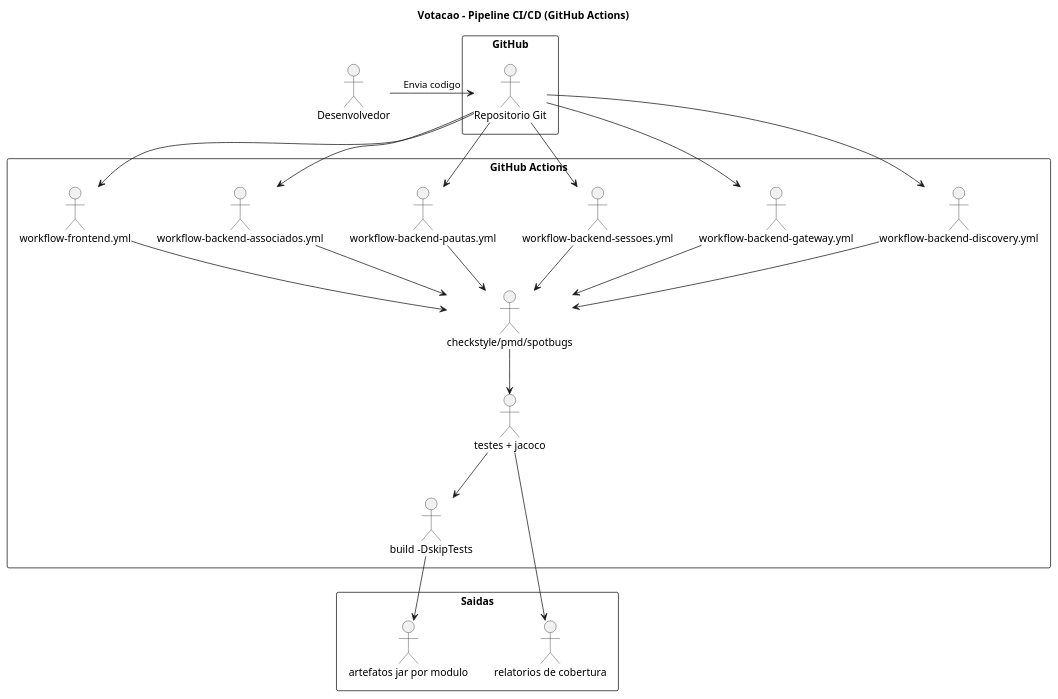
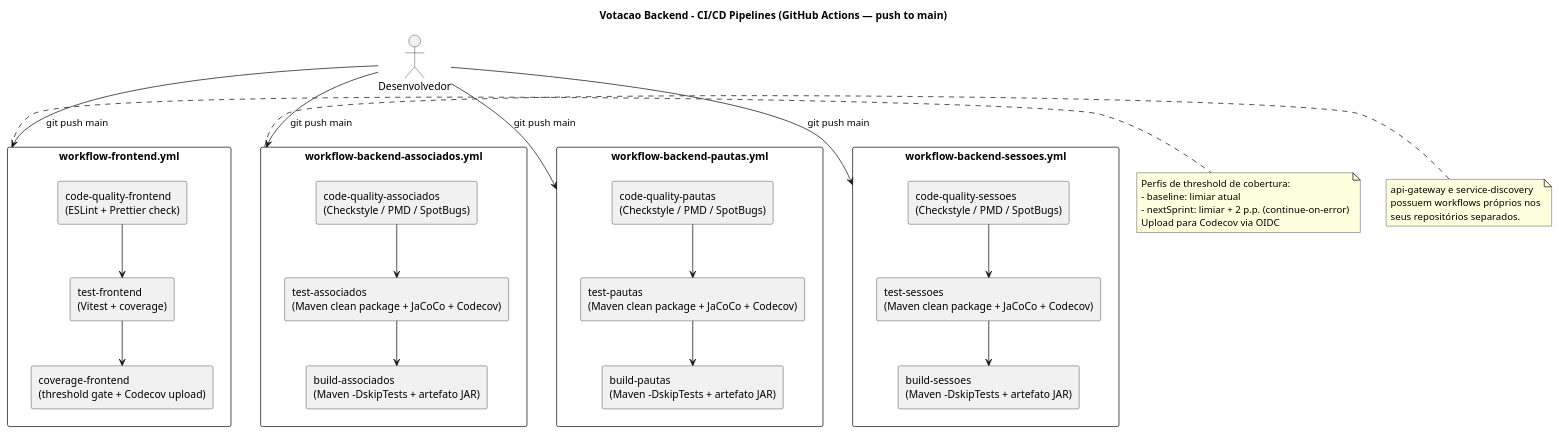
Before and after one commit to leoalmeida/votacao-backend: the diagram in docs/architecture/cicd-diagram.puml, drawn with PlantUML. The commit also changed 5 other files, not shown here.

```diff
--- a/docs/architecture/cicd-diagram.puml
+++ b/docs/architecture/cicd-diagram.puml
@@ -1,52 +1,61 @@
 @startuml cicd_diagram
 
-title Votacao - Pipeline CI/CD (GitHub Actions)
+title Votacao Backend - CI/CD Pipelines (GitHub Actions — push to main)
 
 actor Desenvolvedor
 
-rectangle GitHub {
-
-    Desenvolvedor -> "Repositorio Git" : Envia codigo
-
+rectangle "workflow-frontend.yml" as wf_front {
+    rectangle "code-quality-frontend\n(ESLint + Prettier check)" as lint_f
+    rectangle "test-frontend\n(Vitest + coverage)" as test_f
+    rectangle "coverage-frontend\n(threshold gate + Codecov upload)" as cov_f
 }
 
-rectangle "GitHub Actions" {
-
-    "workflow-frontend.yml" as wf_front
-    "workflow-backend-associados.yml" as wf_assoc
-    "workflow-backend-pautas.yml" as wf_pautas
-    "workflow-backend-sessoes.yml" as wf_sessoes
-    "workflow-backend-gateway.yml" as wf_gateway
-    "workflow-backend-discovery.yml" as wf_discovery
-
-    "checkstyle/pmd/spotbugs" as quality
-    "testes + jacoco" as tests
-    "build -DskipTests" as build
-
+rectangle "workflow-backend-associados.yml" as wf_assoc {
+    rectangle "code-quality-associados\n(Checkstyle / PMD / SpotBugs)" as quality_a
+    rectangle "test-associados\n(Maven clean package + JaCoCo + Codecov)" as test_a
+    rectangle "build-associados\n(Maven -DskipTests + artefato JAR)" as build_a
 }
 
-rectangle "Saidas" {
-    "artefatos jar por modulo" as artifact
-    "relatorios de cobertura" as coverage
+rectangle "workflow-backend-pautas.yml" as wf_pautas {
+    rectangle "code-quality-pautas\n(Checkstyle / PMD / SpotBugs)" as quality_p
+    rectangle "test-pautas\n(Maven clean package + JaCoCo + Codecov)" as test_p
+    rectangle "build-pautas\n(Maven -DskipTests + artefato JAR)" as build_p
 }
 
-"Repositorio Git" --> wf_front
-"Repositorio Git" --> wf_assoc
-"Repositorio Git" --> wf_pautas
-"Repositorio Git" --> wf_sessoes
-"Repositorio Git" --> wf_gateway
-"Repositorio Git" --> wf_discovery
+rectangle "workflow-backend-sessoes.yml" as wf_sessoes {
+    rectangle "code-quality-sessoes\n(Checkstyle / PMD / SpotBugs)" as quality_s
+    rectangle "test-sessoes\n(Maven clean package + JaCoCo + Codecov)" as test_s
+    rectangle "build-sessoes\n(Maven -DskipTests + artefato JAR)" as build_s
+}
 
-wf_front --> quality
-wf_assoc --> quality
-wf_pautas --> quality
-wf_sessoes --> quality
-wf_gateway --> quality
-wf_discovery --> quality
+Desenvolvedor --> wf_front : git push main
+Desenvolvedor --> wf_assoc : git push main
+Desenvolvedor --> wf_pautas : git push main
+Desenvolvedor --> wf_sessoes : git push main
 
-quality --> tests
-tests --> build
-tests --> coverage
-build --> artifact
+lint_f --> test_f
+test_f --> cov_f
+
+quality_a --> test_a
+test_a --> build_a
+
+quality_p --> test_p
+test_p --> build_p
+
+quality_s --> test_s
+test_s --> build_s
+
+note right of wf_front
+    Perfis de threshold de cobertura:
+    - baseline: limiar atual
+    - nextSprint: limiar + 2 p.p. (continue-on-error)
+    Upload para Codecov via OIDC
+end note
+
+note right of wf_assoc
+    api-gateway e service-discovery
+    possuem workflows próprios nos
+    seus repositórios separados.
+end note
 
 @enduml
```
